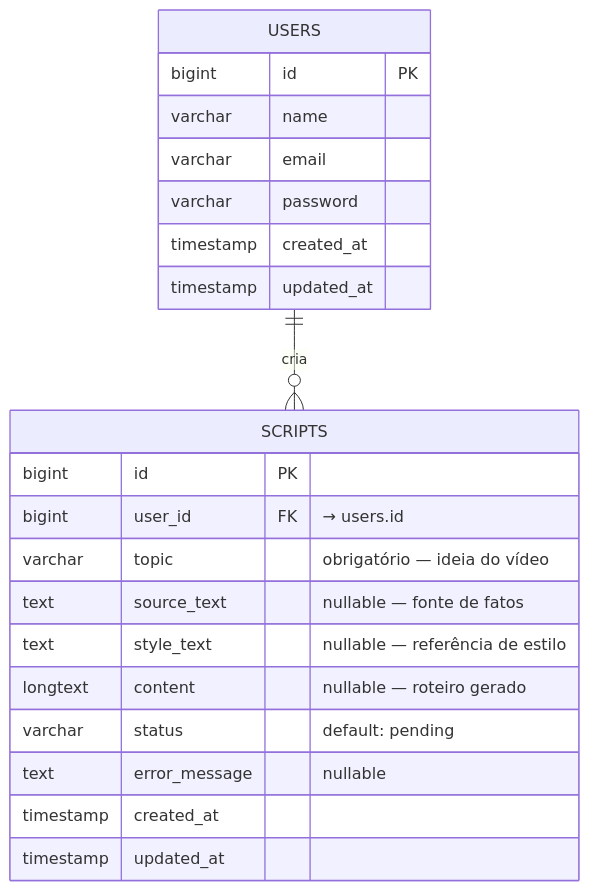
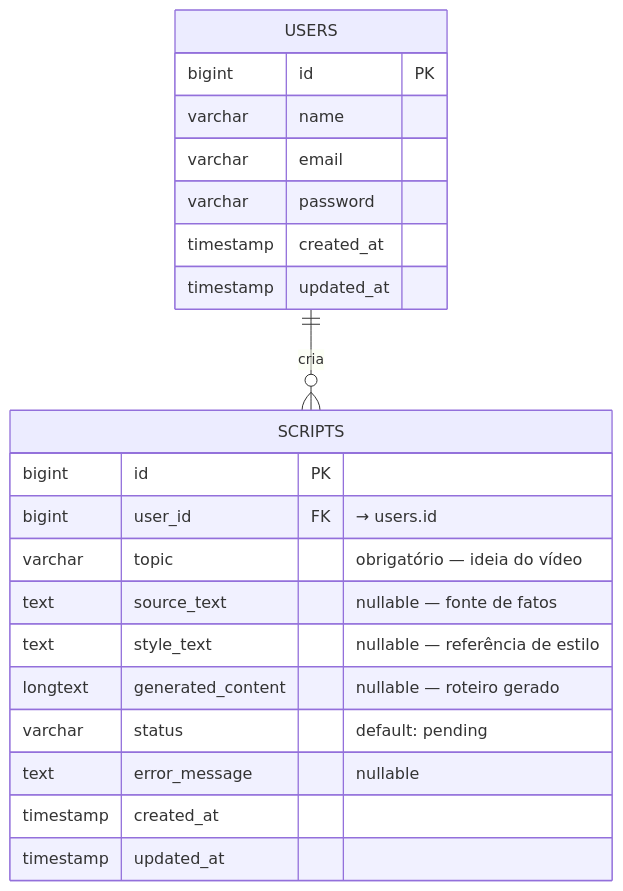
The first of 3 diagrams in dbschema.md (HenriqueBossle/ai-proj-script-api), drawn with Mermaid before and after one commit. The commit also changed 3 other files, not shown here.

````diff
--- a/dbschema.md
+++ b/dbschema.md
@@ -2,26 +2,26 @@
 ```mermaid
 erDiagram
     USERS ||--o{ SCRIPTS : "cria"
 
     USERS {
         bigint id PK
         varchar name
         varchar email
         varchar password
         timestamp created_at
         timestamp updated_at
     }
 
     SCRIPTS {
         bigint id PK
         bigint user_id FK "→ users.id"
         varchar topic "obrigatório — ideia do vídeo"
         text source_text "nullable — fonte de fatos"
         text style_text "nullable — referência de estilo"
-        longtext content "nullable — roteiro gerado"
+        longtext generated_content "nullable — roteiro gerado"
         varchar status "default: pending"
         text error_message "nullable"
         timestamp created_at
         timestamp updated_at
     }
 ```
````
